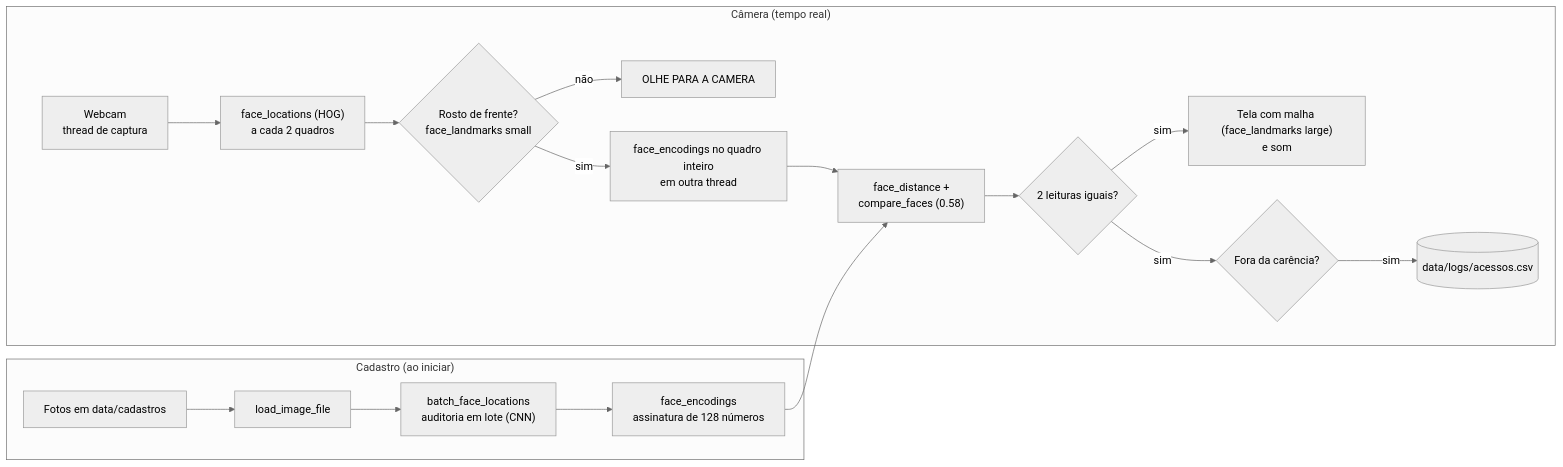
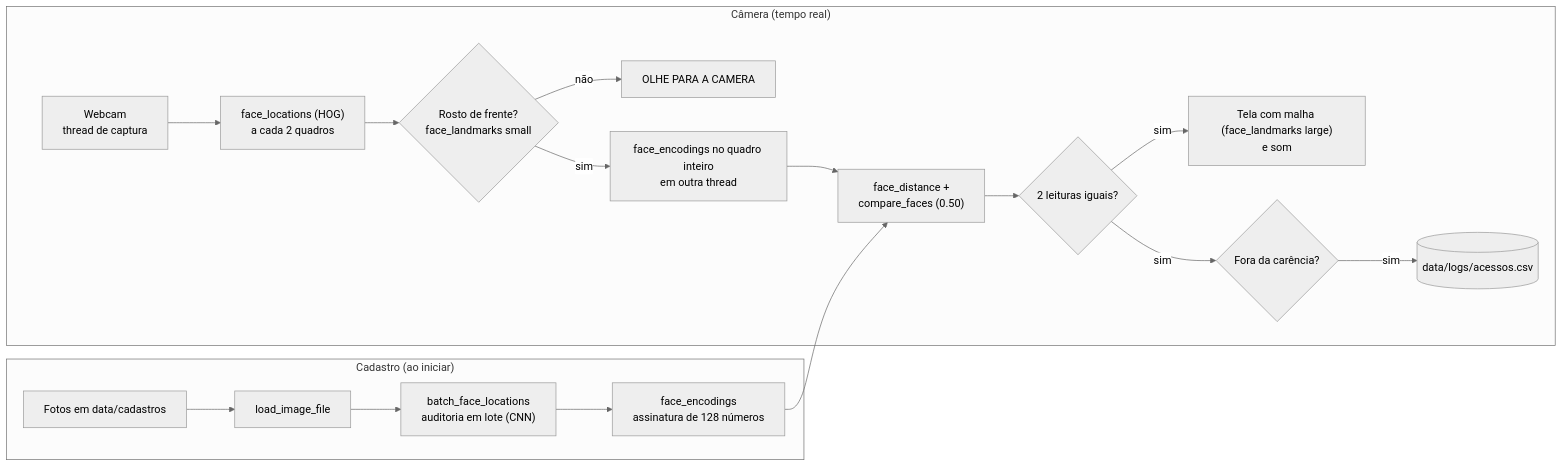
The diagram in README.md (leocosta-dev26/sistema-seguranca-facial), drawn with Mermaid (neutral theme) before and after one commit. The commit also changed other lines of this file and 25 other files, not shown here.

````diff
--- a/README.md
+++ b/README.md
@@ -47,20 +47,20 @@
 ```mermaid
 flowchart LR
     subgraph CAD["Cadastro (ao iniciar)"]
         A["Fotos em data/cadastros"] --> B["load_image_file"]
         B --> C["batch_face_locations<br/>auditoria em lote (CNN)"]
         C --> D["face_encodings<br/>assinatura de 128 números"]
     end
     subgraph CAM["Câmera (tempo real)"]
         E["Webcam<br/>thread de captura"] --> F["face_locations (HOG)<br/>a cada 2 quadros"]
         F --> G{"Rosto de frente?<br/>face_landmarks small"}
         G -->|não| H["OLHE PARA A CAMERA"]
         G -->|sim| I["face_encodings no quadro inteiro<br/>em outra thread"]
-        I --> J["face_distance +<br/>compare_faces (0.58)"]
+        I --> J["face_distance +<br/>compare_faces (0.50)"]
         J --> K{"2 leituras iguais?"}
         K -->|sim| L["Tela com malha (face_landmarks large)<br/>e som"]
         K -->|sim| M{"Fora da carência?"}
         M -->|sim| N[("data/logs/acessos.csv")]
     end
     D --> J
 ```
````
